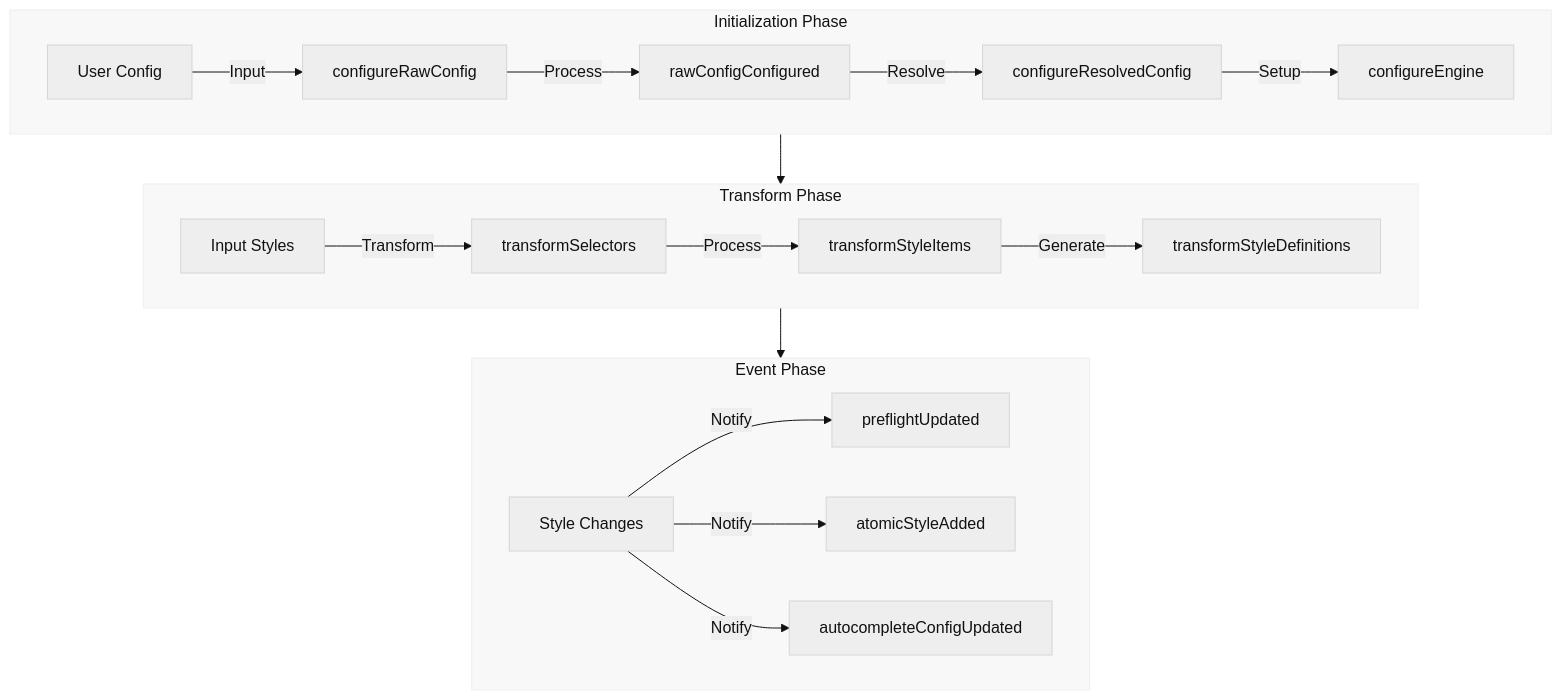
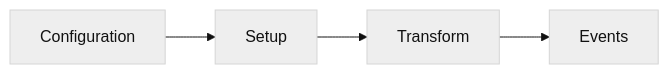
Before and after one commit to pikacss/pikacss: the diagram in docs/guide/plugin-system.md, drawn with Mermaid. The commit also changed other lines of this file and 31 other files, not shown here.

````diff
--- a/docs/guide/plugin-system.md
+++ b/docs/guide/plugin-system.md
@@ -139,48 +101,12 @@
 ```mermaid
 %%{init: {'theme': 'base', 'themeVariables': { 'primaryColor': '#eee', 'primaryTextColor': '#111', 'lineColor': '#111', 'secondaryColor': '#eee', 'tertiaryColor': '#111' }}}%%
-flowchart TB
-    subgraph Init["Initialization Phase"]
-        direction LR
-        A[User Config] -->|Input| B[configureRawConfig]
-        B -->|Process| C[rawConfigConfigured]
-        C -->|Resolve| D[configureResolvedConfig]
-        D -->|Setup| E[configureEngine]
+flowchart LR
+    A[Configuration] --> B[Setup]
+    B --> C[Transform]
+    C --> D[Events]
 
-        style A fill:#eee,color:#111
-        style B fill:#eee,color:#111
-        style C fill:#eee,color:#111
-        style D fill:#eee,color:#111
-        style E fill:#eee,color:#111
-    end
-
-    subgraph Transform["Transform Phase"]
-        direction LR
-        F[Input Styles] -->|Transform| G[transformSelectors]
-        G -->|Process| H[transformStyleItems]
-        H -->|Generate| I[transformStyleDefinitions]
-
-        style F fill:#eee,color:#111
-        style G fill:#eee,color:#111
-        style H fill:#eee,color:#111
-        style I fill:#eee,color:#111
-    end
-
-    subgraph Events["Event Phase"]
-        direction LR
-        J[Style Changes] -->|Notify| K[preflightUpdated]
-        J -->|Notify| L[atomicStyleAdded]
-        J -->|Notify| M[autocompleteConfigUpdated]
-
-        style J fill:#eee,color:#111
-        style K fill:#eee,color:#111
-        style L fill:#eee,color:#111
-        style M fill:#eee,color:#111
-    end
-
-    Init --> Transform
-    Transform --> Events
-
-    style Init fill:#eee6,color:#111,stroke:#eee
-    style Transform fill:#eee6,color:#111,stroke:#eee
-    style Events fill:#eee6,color:#111,stroke:#eee
+    style A fill:#eee,color:#111
+    style B fill:#eee,color:#111
+    style C fill:#eee,color:#111
+    style D fill:#eee,color:#111
 ```
````
